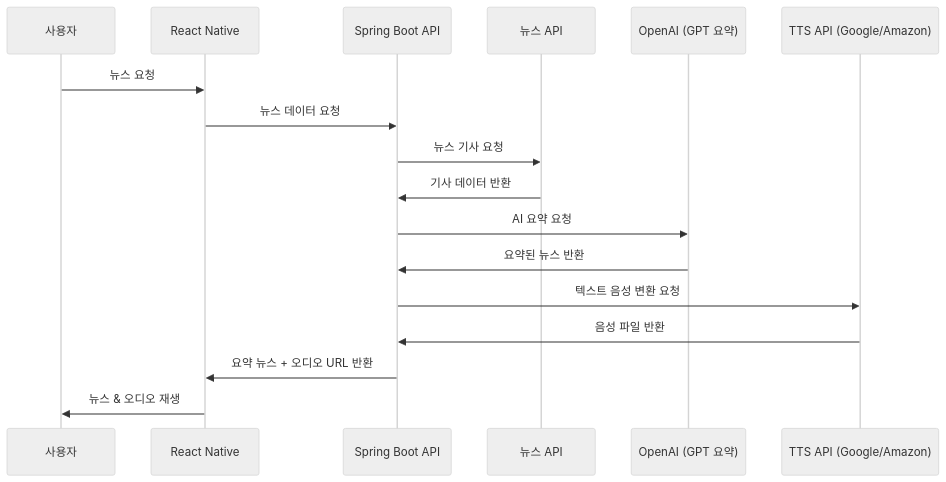
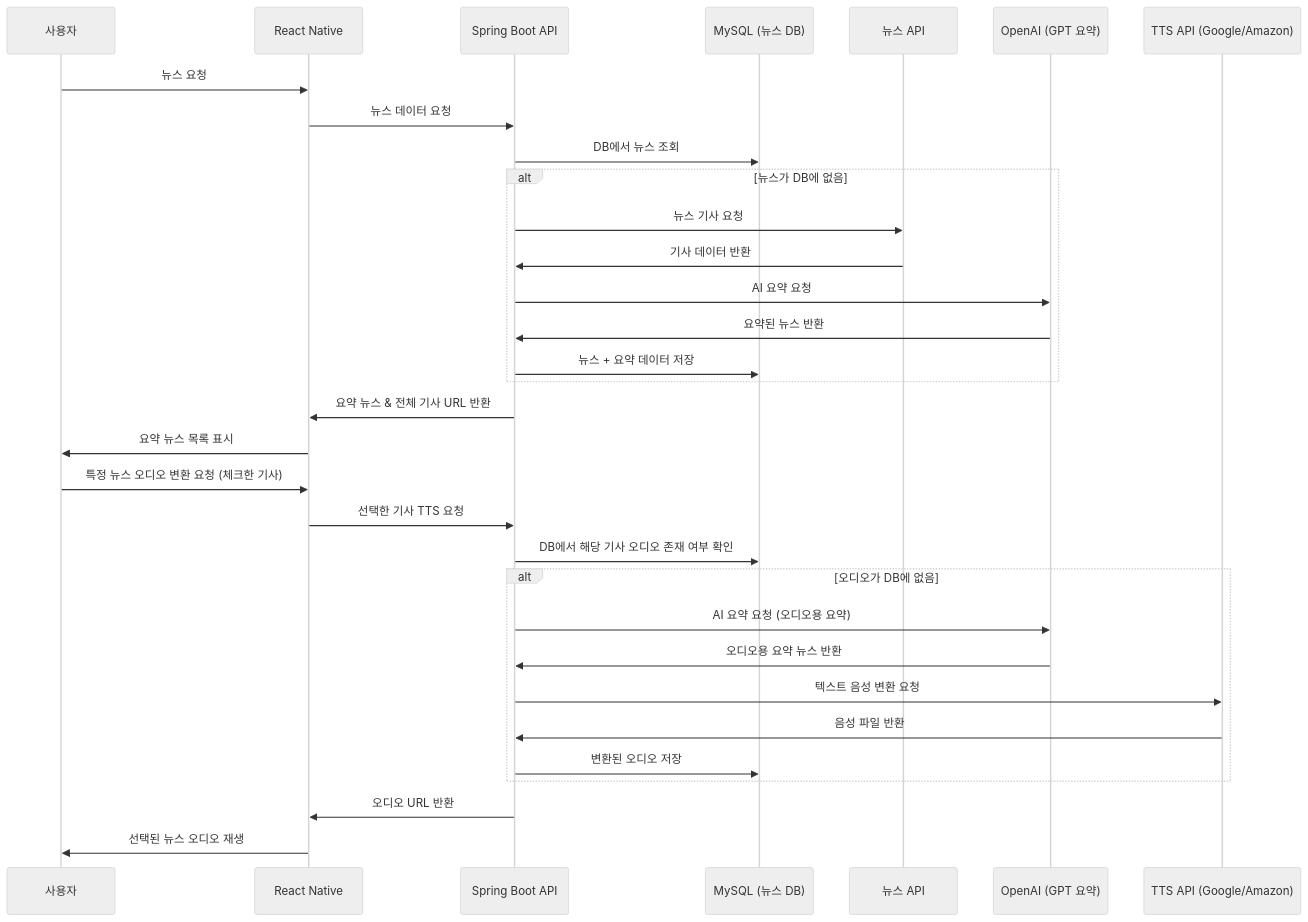
One commit to mmistakes/minimal-mistakes changed the second of 2 diagrams in _posts/2025-03-16-newsArchitectureDesign.md. Above: the diagram before and after it, drawn with Mermaid (neutral theme). The commit also changed other lines of this file and 3 other files, not shown here.

````diff
--- a/_posts/2025-03-16-newsArchitectureDesign.md
+++ b/_posts/2025-03-16-newsArchitectureDesign.md
@@ -83,20 +87,39 @@
 ```mermaid
 sequenceDiagram
     participant User as 사용자
     participant Frontend as React Native
     participant Backend as Spring Boot API
+    participant DB as MySQL (뉴스 DB)
     participant NewsAPI as 뉴스 API
     participant AI as OpenAI (GPT 요약)
     participant TTS as TTS API (Google/Amazon)
 
+    %% 1. 기본 기사 조회 흐름
     User ->> Frontend: 뉴스 요청
     Frontend ->> Backend: 뉴스 데이터 요청
-    Backend ->> NewsAPI: 뉴스 기사 요청
-    NewsAPI ->> Backend: 기사 데이터 반환
-    Backend ->> AI: AI 요약 요청
-    AI ->> Backend: 요약된 뉴스 반환
-    Backend ->> TTS: 텍스트 음성 변환 요청
-    TTS ->> Backend: 음성 파일 반환
-    Backend ->> Frontend: 요약 뉴스 + 오디오 URL 반환
-    Frontend ->> User: 뉴스 & 오디오 재생
+    Backend ->> DB: DB에서 뉴스 조회
+    alt 뉴스가 DB에 없음
+        Backend ->> NewsAPI: 뉴스 기사 요청
+        NewsAPI ->> Backend: 기사 데이터 반환
+        Backend ->> AI: AI 요약 요청
+        AI ->> Backend: 요약된 뉴스 반환
+        Backend ->> DB: 뉴스 + 요약 데이터 저장
+    end
+    Backend ->> Frontend: 요약 뉴스 & 전체 기사 URL 반환
+    Frontend ->> User: 요약 뉴스 목록 표시
+
+    %% 2. 사용자가 오디오 변환 요청하는 흐름
+    User ->> Frontend: 특정 뉴스 오디오 변환 요청 (체크한 기사)
+    Frontend ->> Backend: 선택한 기사 TTS 요청
+    Backend ->> DB: DB에서 해당 기사 오디오 존재 여부 확인
+    alt 오디오가 DB에 없음
+        Backend ->> AI: AI 요약 요청 (오디오용 요약)
+        AI ->> Backend: 오디오용 요약 뉴스 반환
+        Backend ->> TTS: 텍스트 음성 변환 요청
+        TTS ->> Backend: 음성 파일 반환
+        Backend ->> DB: 변환된 오디오 저장
+    end
+    Backend ->> Frontend: 오디오 URL 반환
+    Frontend ->> User: 선택된 뉴스 오디오 재생
+
 ```
````
